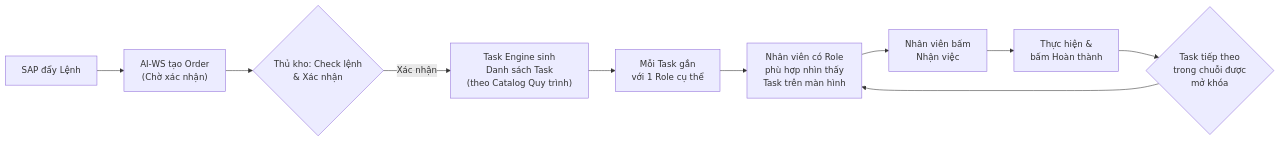
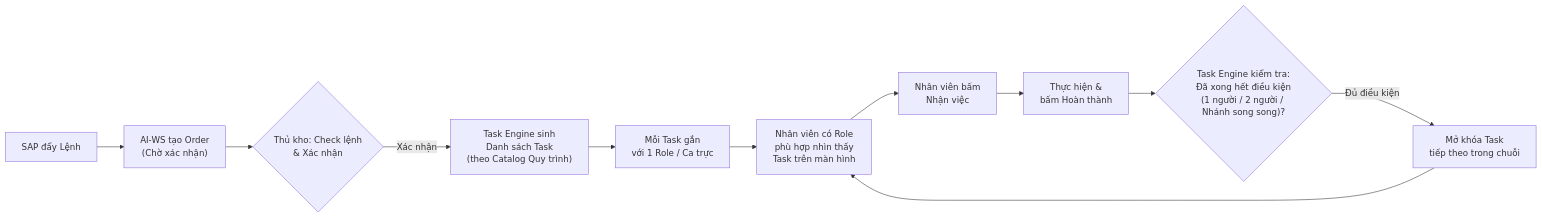
The second of 5 diagrams in knowledge/AIWS_Project_Overview_And_Architecture.md (EdwardTran04/Project_Management), drawn with Mermaid before and after one commit. The commit also changed other lines of this file and 14 other files, not shown here.

Commit message:
docs: add architectural documentation, database design specifications, and process analysis files for the AIWS project

````diff
--- a/knowledge/AIWS_Project_Overview_And_Architecture.md
+++ b/knowledge/AIWS_Project_Overview_And_Architecture.md
@@ -80,12 +80,13 @@
 ```mermaid
 flowchart LR
     A["SAP đẩy Lệnh"] --> B["AI-WS tạo Order\n(Chờ xác nhận)"]
     B --> C{"Thủ kho: Check lệnh\n& Xác nhận"}
     C -- "Xác nhận" --> D["Task Engine sinh\nDanh sách Task\n(theo Catalog Quy trình)"]
-    D --> E["Mỗi Task gắn\nvới 1 Role cụ thể"]
+    D --> E["Mỗi Task gắn\nvới 1 Role / Ca trực"]
     E --> F["Nhân viên có Role\nphù hợp nhìn thấy\nTask trên màn hình"]
     F --> G["Nhân viên bấm\nNhận việc"]
     G --> H["Thực hiện &\nbấm Hoàn thành"]
-    H --> I{"Task tiếp theo\ntrong chuỗi được\nmở khóa"}
-    I --> F
+    H --> I{"Task Engine kiểm tra:\nĐã xong hết điều kiện\n(1 người / 2 người / Nhánh song song)?"}
+    I -- "Đủ điều kiện" --> J["Mở khóa Task\ntiếp theo trong chuỗi"]
+    J --> F
 ```
````
